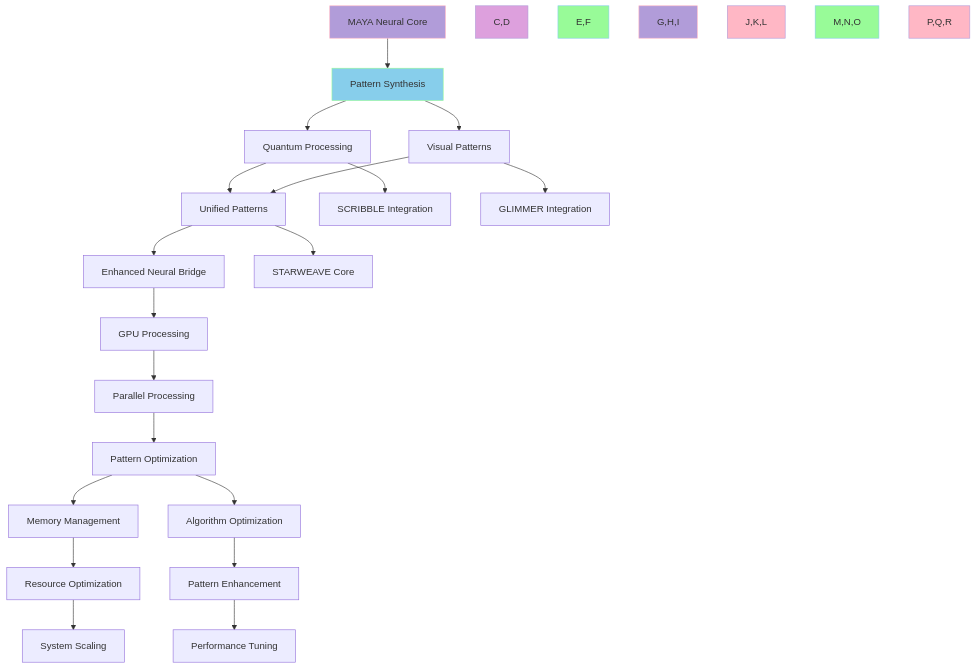
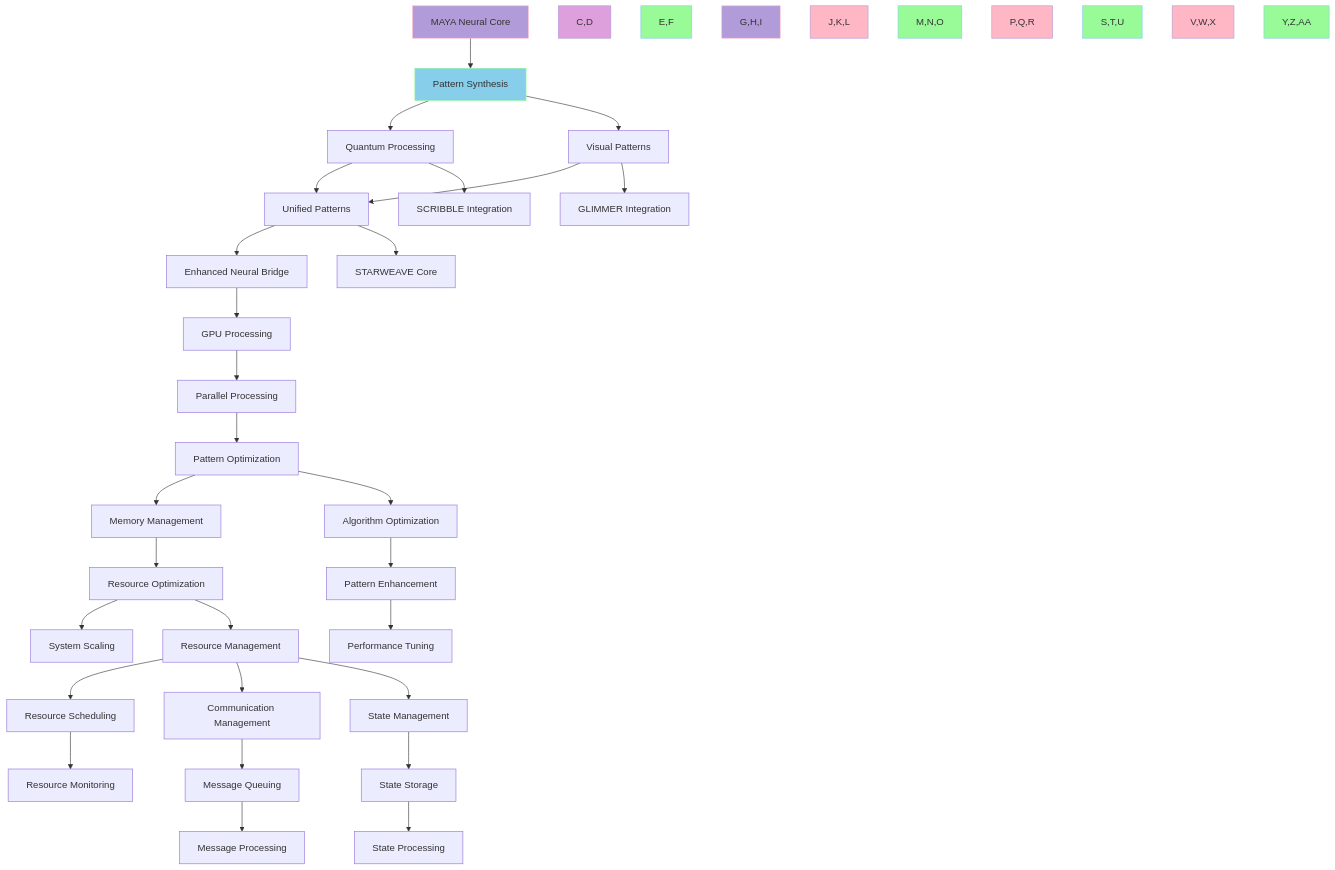
Before and after one commit to isdood/MAYA: the diagram in ISSUES/016-NEURAL_CORE.md, drawn with Mermaid. The commit also changed other lines of this file and 21 other files, not shown here.

````diff
--- a/ISSUES/016-NEURAL_CORE.md
+++ b/ISSUES/016-NEURAL_CORE.md
@@ -269,34 +428,49 @@
 ```mermaid
 graph TD
     A[MAYA Neural Core] --> B[Pattern Synthesis]
     B --> C[Quantum Processing]
     B --> D[Visual Patterns]
     C --> E[Unified Patterns]
     D --> E
     E --> F[Enhanced Neural Bridge]
     
     C --> G[SCRIBBLE Integration]
     D --> H[GLIMMER Integration]
     E --> I[STARWEAVE Core]
     
     F --> J[GPU Processing]
     J --> K[Parallel Processing]
     K --> L[Pattern Optimization]
     
     L --> M[Memory Management]
     M --> N[Resource Optimization]
     N --> O[System Scaling]
     
     L --> P[Algorithm Optimization]
     P --> Q[Pattern Enhancement]
     Q --> R[Performance Tuning]
     
+    N --> S[Resource Management]
+    S --> T[Resource Scheduling]
+    T --> U[Resource Monitoring]
+    
+    S --> V[Communication Management]
+    V --> W[Message Queuing]
+    W --> X[Message Processing]
+    
+    S --> Y[State Management]
+    Y --> Z[State Storage]
+    Z --> AA[State Processing]
+    
     style A fill:#B19CD9,stroke:#FFB7C5
     style B fill:#87CEEB,stroke:#98FB98
     style C,D fill:#DDA0DD,stroke:#B19CD9
     style E,F fill:#98FB98,stroke:#87CEEB
     style G,H,I fill:#B19CD9,stroke:#FFB7C5
     style J,K,L fill:#FFB7C5,stroke:#B19CD9
     style M,N,O fill:#98FB98,stroke:#87CEEB
     style P,Q,R fill:#FFB7C5,stroke:#B19CD9
+    style S,T,U fill:#98FB98,stroke:#87CEEB
+    style V,W,X fill:#FFB7C5,stroke:#B19CD9
+    style Y,Z,AA fill:#98FB98,stroke:#87CEEB
 ```
````
